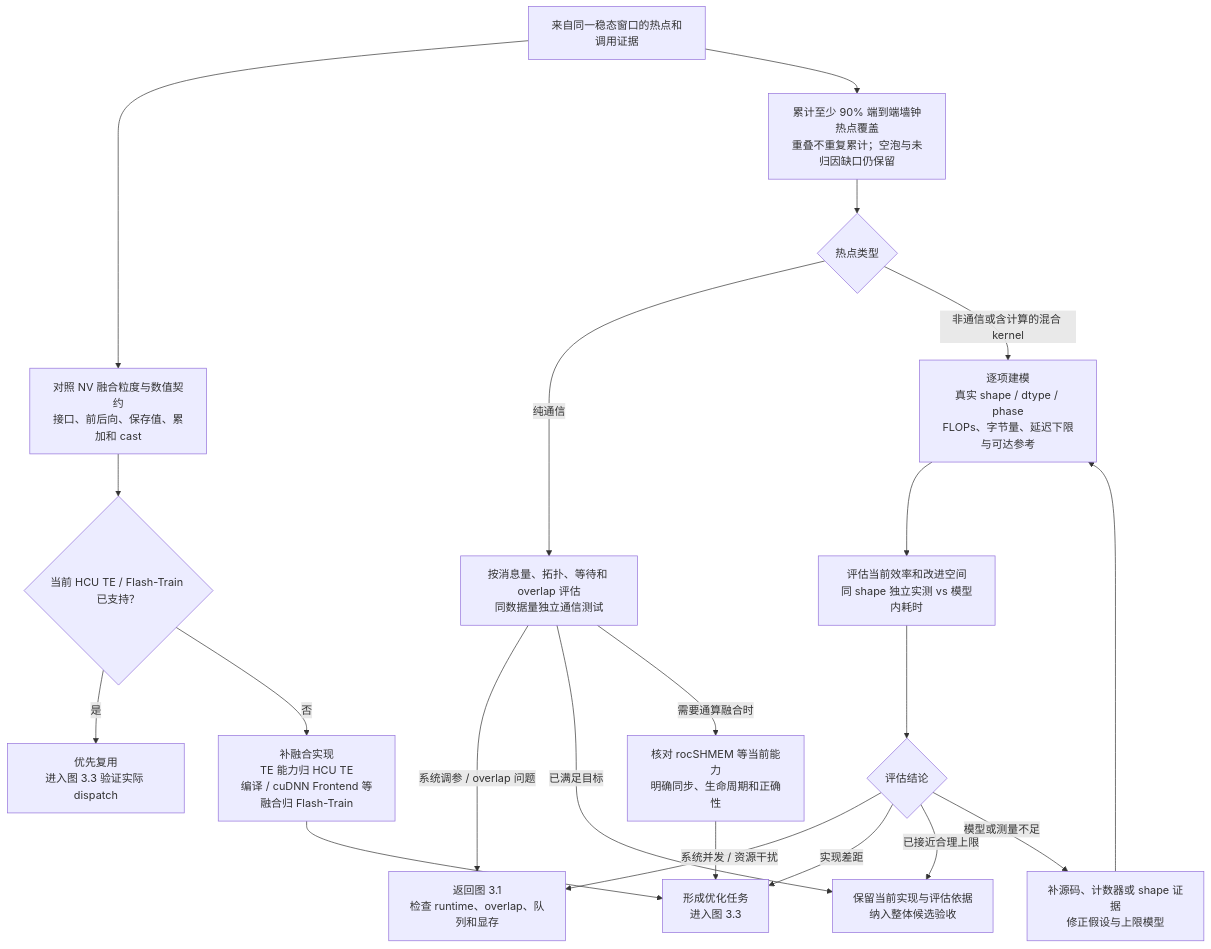
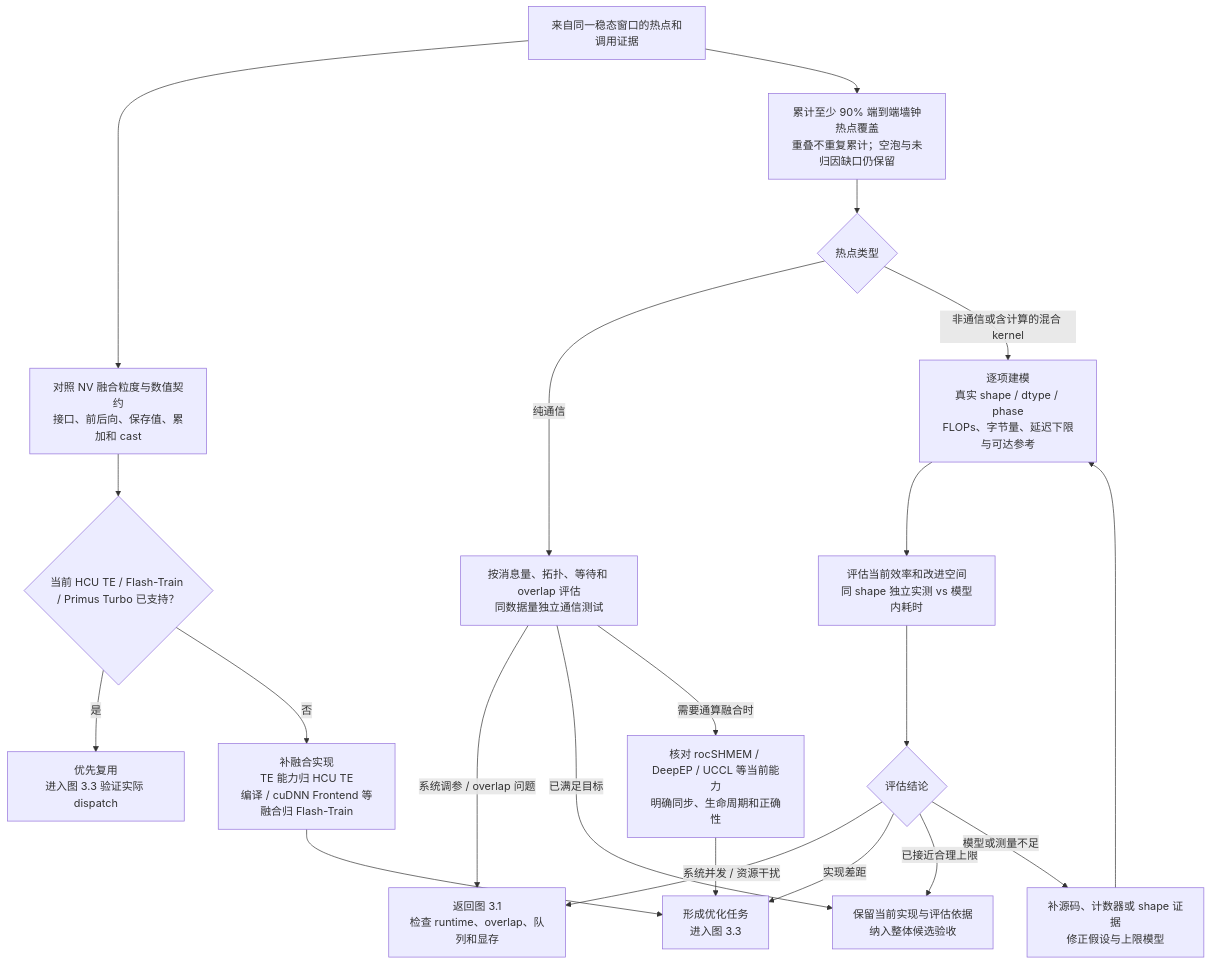
The fourth of 12 diagrams in docs/workflow-map.md (yuguo-Jack/HCU-TrainFlow), drawn with Mermaid before and after one commit. The commit also changed other lines of this file and 50 other files, not shown here.

````diff
--- a/docs/workflow-map.md
+++ b/docs/workflow-map.md
@@ -113,23 +124,23 @@
 ```mermaid
 flowchart TD
     H["来自同一稳态窗口的热点和调用证据"] --> F["对照 NV 融合粒度与数值契约<br/>接口、前后向、保存值、累加和 cast"]
     H --> C["累计至少 90% 端到端墙钟热点覆盖<br/>重叠不重复累计；空泡与未归因缺口仍保留"]
-    F --> R{"当前 HCU TE / Flash-Train 已支持？"}
+    F --> R{"当前 HCU TE / Flash-Train / Primus Turbo 已支持？"}
     R -->|是| USE["优先复用<br/>进入图 3.3 验证实际 dispatch"]
     R -->|否| NEW["补融合实现<br/>TE 能力归 HCU TE<br/>编译 / cuDNN Frontend 等融合归 Flash-Train"]
     C --> TYPE{"热点类型"}
     TYPE -->|纯通信| COMM["按消息量、拓扑、等待和 overlap 评估<br/>同数据量独立通信测试"]
     TYPE -->|非通信或含计算的混合 kernel| MODEL["逐项建模<br/>真实 shape / dtype / phase<br/>FLOPs、字节量、延迟下限与可达参考"]
     MODEL --> EFF["评估当前效率和改进空间<br/>同 shape 独立实测 vs 模型内耗时"]
     EFF --> WHY{"评估结论"}
     WHY -->|系统并发 / 资源干扰| SYS["返回图 3.1<br/>检查 runtime、overlap、队列和显存"]
     WHY -->|实现差距| TASK["形成优化任务<br/>进入图 3.3"]
     WHY -->|已接近合理上限| KEEP["保留当前实现与评估依据<br/>纳入整体候选验收"]
     WHY -->|模型或测量不足| MORE["补源码、计数器或 shape 证据<br/>修正假设与上限模型"]
     MORE --> MODEL
     NEW --> TASK
     COMM -->|系统调参 / overlap 问题| SYS
     COMM -->|已满足目标| KEEP
-    COMM -->|需要通算融合时| SH["核对 rocSHMEM 等当前能力<br/>明确同步、生命周期和正确性"]
+    COMM -->|需要通算融合时| SH["核对 rocSHMEM / DeepEP / UCCL 等当前能力<br/>明确同步、生命周期和正确性"]
     SH --> TASK
 ```
````
